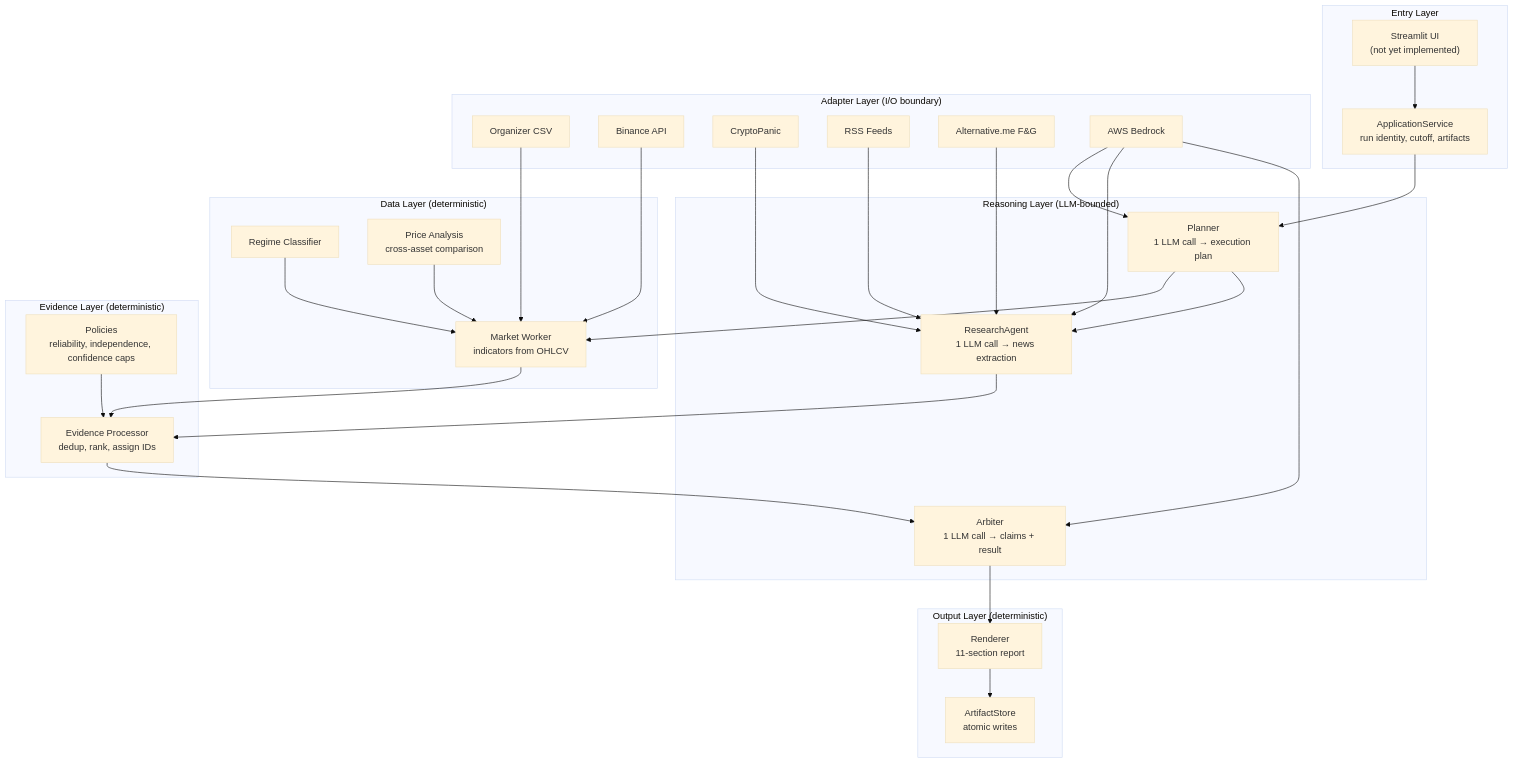
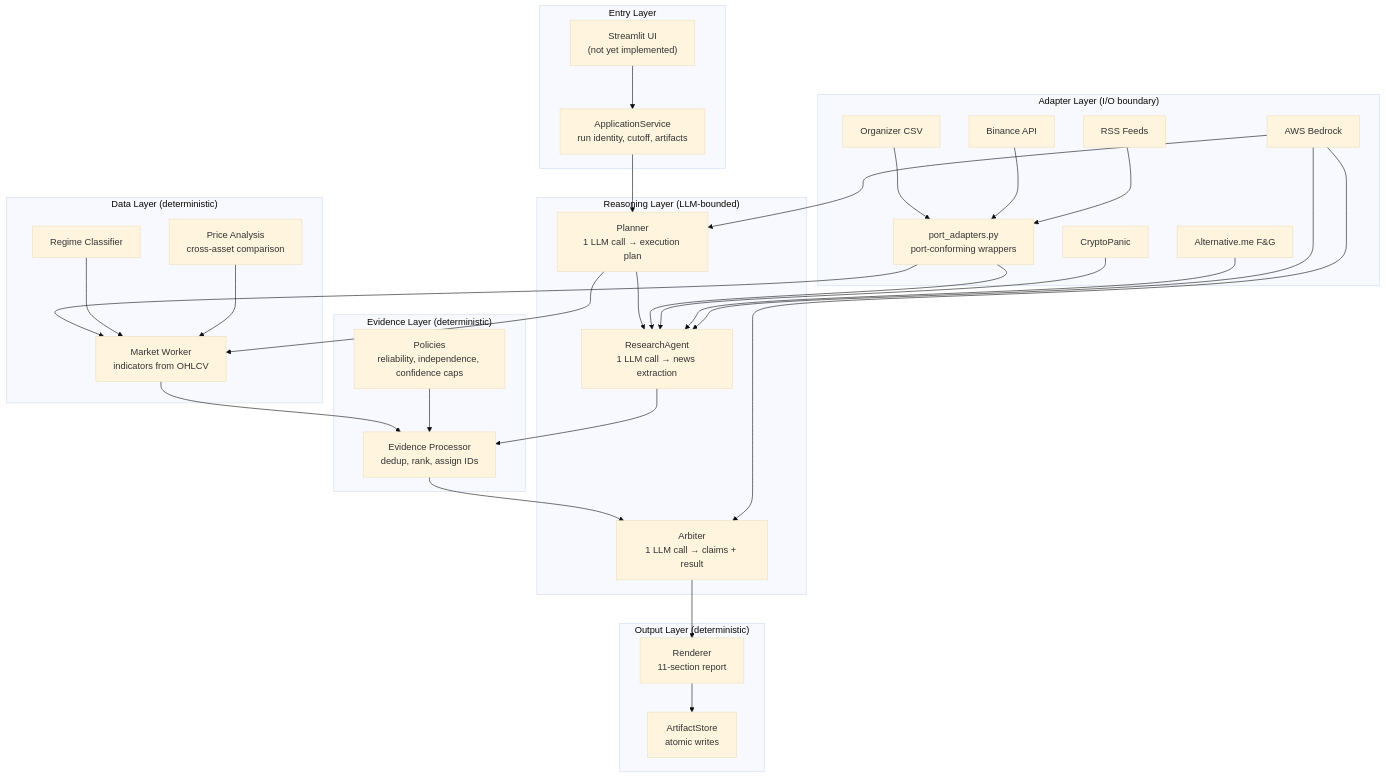
The first of 6 diagrams in .agents/summary/architecture.md (kevinzeroCode/hoya-bit-hackathon-agent), drawn with Mermaid (base theme) before and after one commit. The commit also changed other lines of this file and 16 other files, not shown here.

````diff
--- a/.agents/summary/architecture.md
+++ b/.agents/summary/architecture.md
@@ -7,61 +7,64 @@
 ```mermaid
 flowchart TB
     subgraph Entry["Entry Layer"]
         UI["Streamlit UI<br/>(not yet implemented)"]
         App["ApplicationService<br/>run identity, cutoff, artifacts"]
     end
 
     subgraph Reasoning["Reasoning Layer (LLM-bounded)"]
         Planner["Planner<br/>1 LLM call → execution plan"]
         Research["ResearchAgent<br/>1 LLM call → news extraction"]
         Arbiter["Arbiter<br/>1 LLM call → claims + result"]
     end
 
     subgraph Data["Data Layer (deterministic)"]
         MW["Market Worker<br/>indicators from OHLCV"]
         Regime["Regime Classifier"]
         PriceAn["Price Analysis<br/>cross-asset comparison"]
     end
 
     subgraph Evidence["Evidence Layer (deterministic)"]
         Proc["Evidence Processor<br/>dedup, rank, assign IDs"]
         Policies["Policies<br/>reliability, independence, confidence caps"]
     end
 
     subgraph Adapters["Adapter Layer (I/O boundary)"]
         CSV["Organizer CSV"]
         Binance["Binance API"]
         CP["CryptoPanic"]
         RSS["RSS Feeds"]
         FG["Alternative.me F&G"]
         Bedrock["AWS Bedrock"]
+        PortAdapters["port_adapters.py<br/>port-conforming wrappers"]
     end
 
     subgraph Output["Output Layer (deterministic)"]
         Renderer["Renderer<br/>11-section report"]
         Artifacts["ArtifactStore<br/>atomic writes"]
     end
 
     UI --> App
     App --> Planner
     Planner --> MW
     Planner --> Research
     MW --> Proc
     Research --> Proc
     Proc --> Arbiter
     Arbiter --> Renderer
     Renderer --> Artifacts
 
-    CSV --> MW
-    Binance --> MW
+    CSV --> PortAdapters
+    Binance --> PortAdapters
+    RSS --> PortAdapters
+    PortAdapters --> MW
+    PortAdapters --> Research
     CP --> Research
-    RSS --> Research
     FG --> Research
     Bedrock --> Planner
     Bedrock --> Research
     Bedrock --> Arbiter
 
     Regime --> MW
     PriceAn --> MW
     Policies --> Proc
 ```
````
